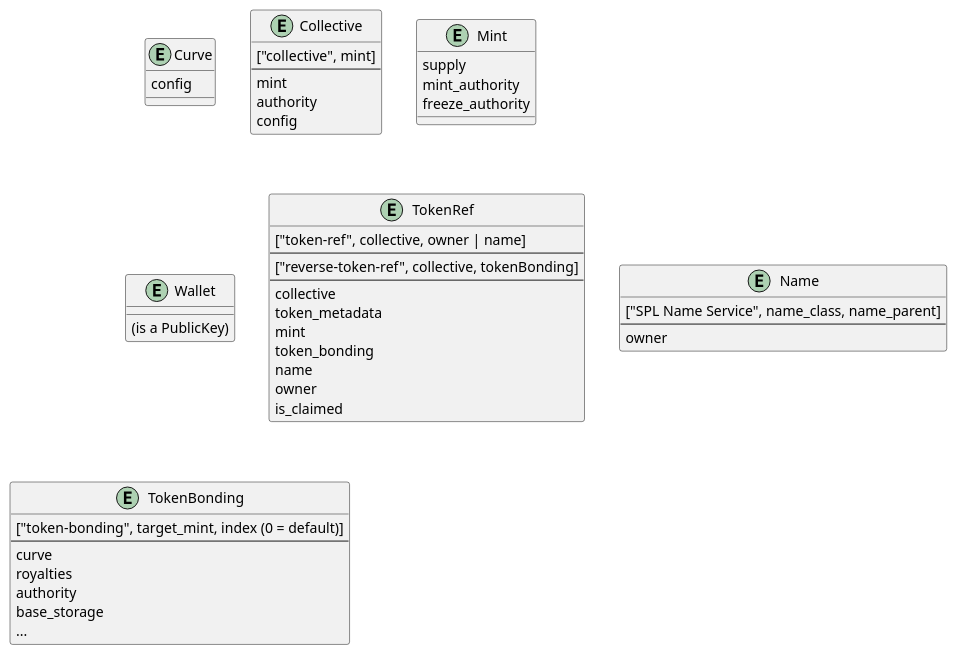
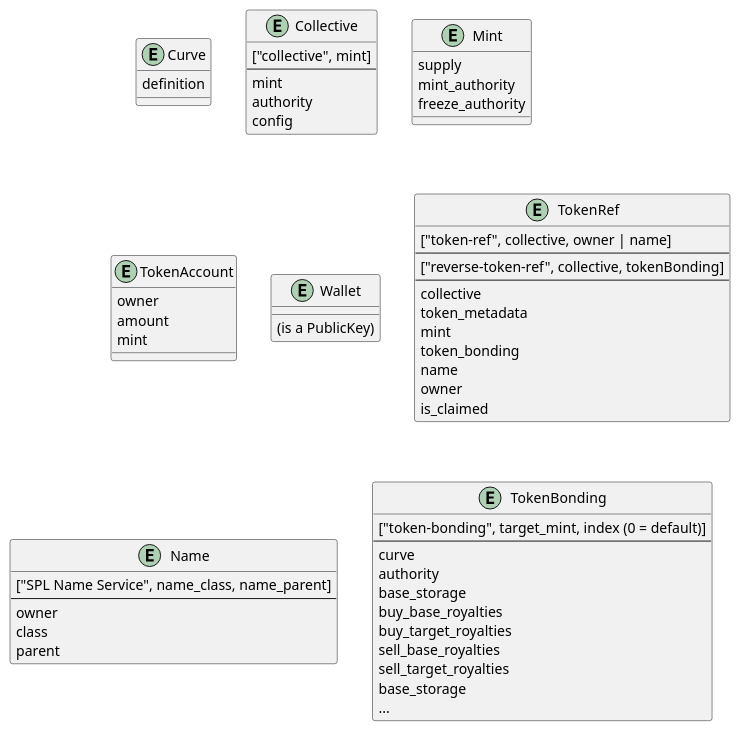
Before and after one commit to StrataFoundation/strata: the diagram in packages/docs/docs/concepts/social_tokens.md, drawn with PlantUML. The commit also changed other lines of this file and 18 other files, not shown here.

````diff
--- a/packages/docs/docs/concepts/social_tokens.md
+++ b/packages/docs/docs/concepts/social_tokens.md
@@ -17,7 +20,7 @@
 ```plantuml
 @startuml
 entity Curve {
-  config
+  definition
 }
 
 entity Collective {
@@ -32,6 +35,12 @@
   supply
   mint_authority
   freeze_authority
+}
+
+entity TokenAccount {
+  owner
+  amount
+  mint
 }
 
 entity Wallet {
@@ -56,14 +65,20 @@
   ["SPL Name Service", name_class, name_parent]
   --
   owner
+  class
+  parent
 }
 
 entity TokenBonding {
   ["token-bonding", target_mint, index (0 = default)]
   --
   curve
-  royalties
   authority
+  base_storage
+  buy_base_royalties
+  buy_target_royalties
+  sell_base_royalties
+  sell_target_royalties
   base_storage
   ...
 }
@@ -77,4 +92,11 @@
 TokenBonding ||--|| Curve
 TokenBonding |o--|| Mint : base
 TokenBonding |o--|| Mint : target (PDA)
+TokenBonding |o--|| TokenAccount : buy base royalties
+TokenBonding |o--|| TokenAccount : buy target royalties
+TokenBonding |o--|| TokenAccount : sell base royalties
+TokenBonding |o--|| TokenAccount : sell target royalties
+TokenBonding |o--|| TokenAccount : base storage
+TokenAccount ||--|| Mint
+Name |o--o| Name : parent
 ```
````
